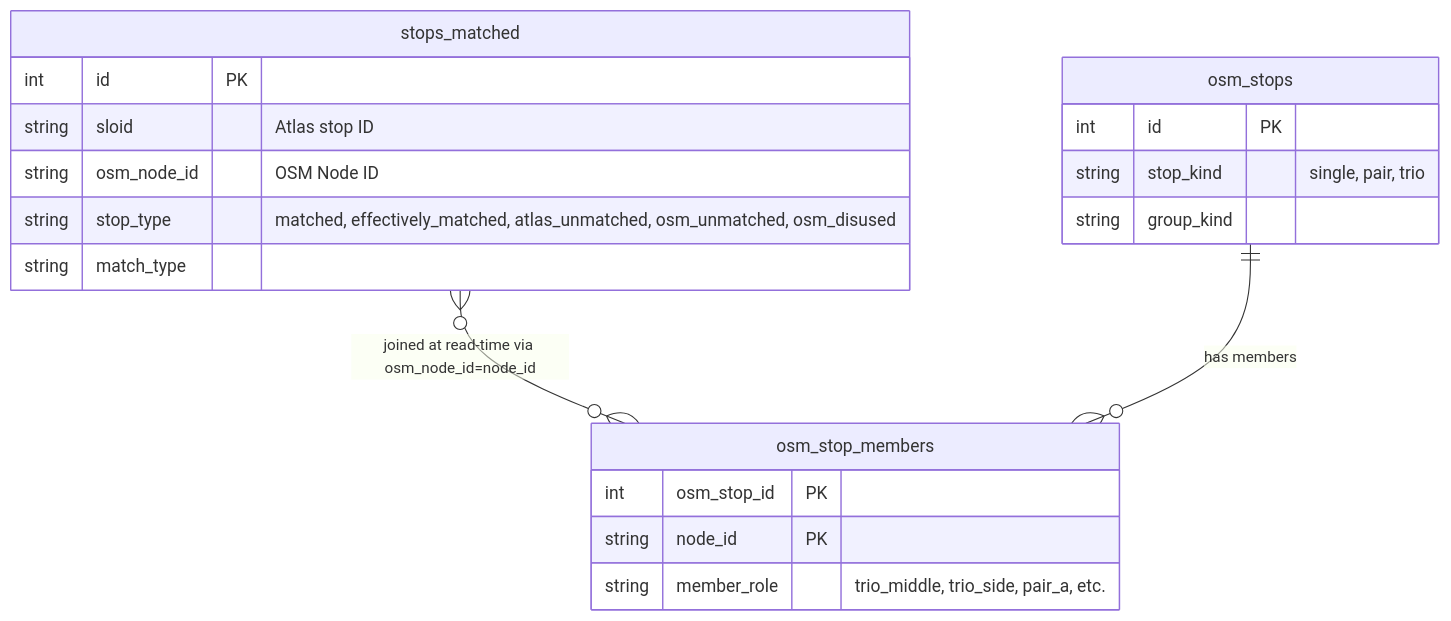
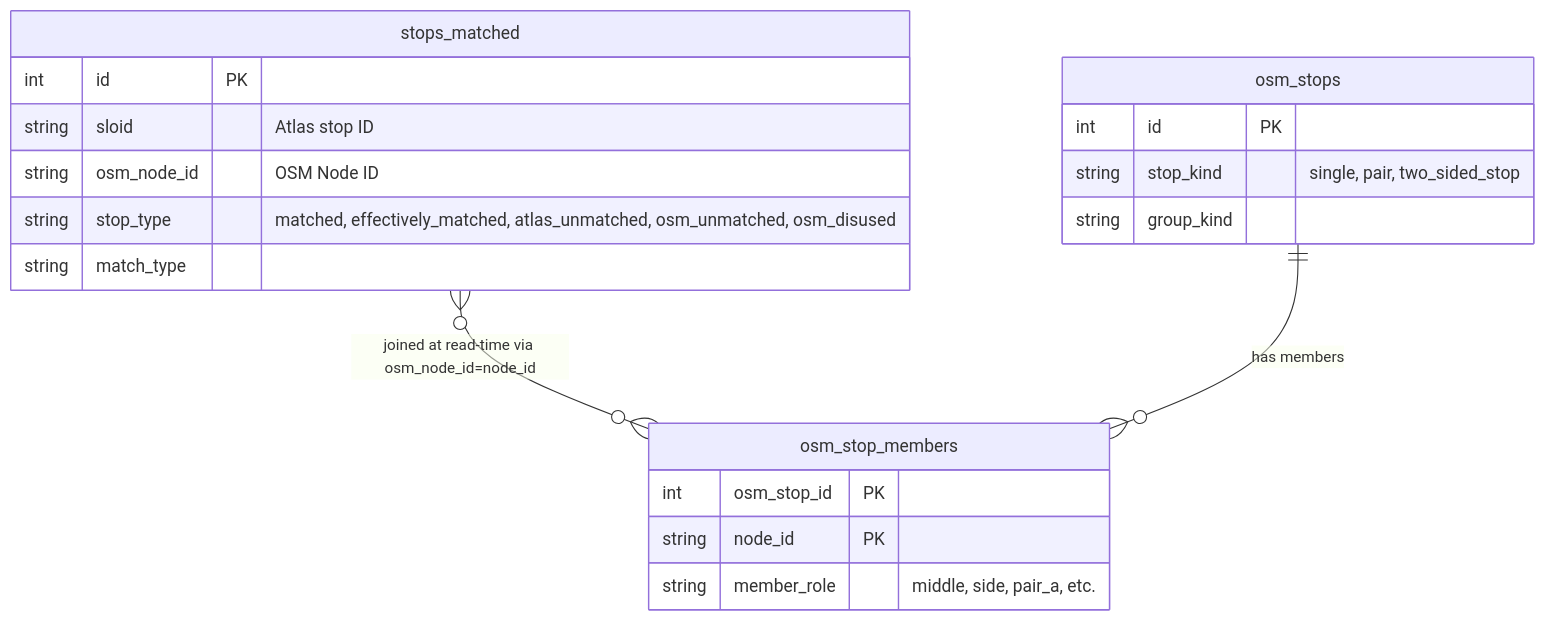
The diagram in documentation/2.3 Global Stats.md (openTdataCH/stop_sync_osm_atlas), drawn with Mermaid before and after one commit. The commit also changed other lines of this file and 50 other files, not shown here.

````diff
--- a/documentation/2.3 Global Stats.md
+++ b/documentation/2.3 Global Stats.md
@@ -9,25 +9,25 @@
 ```mermaid
 erDiagram
    stops_matched {
       int id PK
       string sloid "Atlas stop ID"
       string osm_node_id "OSM Node ID"
       string stop_type "matched, effectively_matched, atlas_unmatched, osm_unmatched, osm_disused"
       string match_type
    }
 
    osm_stops {
       int id PK
-      string stop_kind "single, pair, trio"
+      string stop_kind "single, pair, two_sided_stop"
       string group_kind
    }
 
    osm_stop_members {
       int osm_stop_id PK
       string node_id PK
-      string member_role "trio_middle, trio_side, pair_a, etc."
+      string member_role "middle, side, pair_a, etc."
    }
 
    stops_matched }o--o{ osm_stop_members : "joined at read-time via osm_node_id=node_id"
    osm_stops ||--o{ osm_stop_members : "has members"
 ```
````
